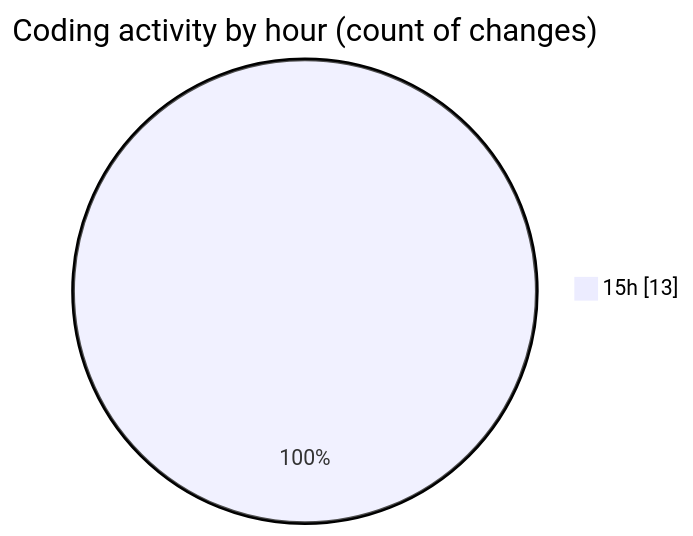
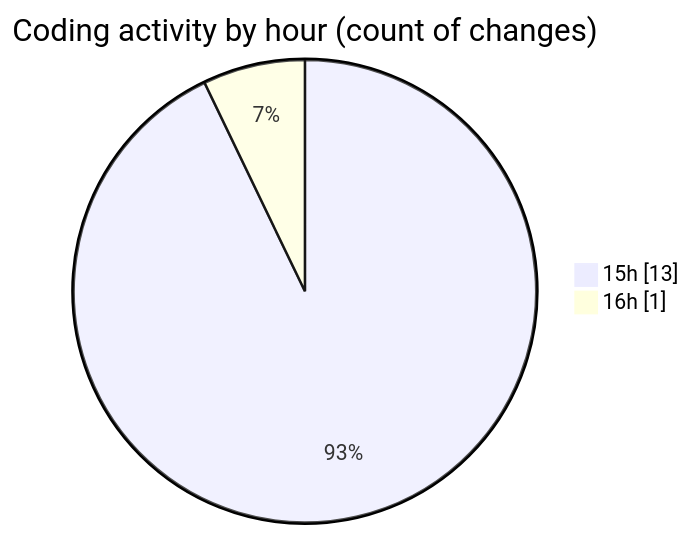
Before and after one commit to EIIisD/code-tracking: the second of 2 diagrams in 2025-07-17/ribbon/README.md, drawn with Mermaid. The commit also changed other lines of this file and 1 other file, not shown here.

````diff
--- a/2025-07-17/ribbon/README.md
+++ b/2025-07-17/ribbon/README.md
@@ -39,5 +40,6 @@
 ```mermaid
 pie showData
 title Coding activity by hour (count of changes)
 "15h" : 13
+"16h" : 1
 ```
````
